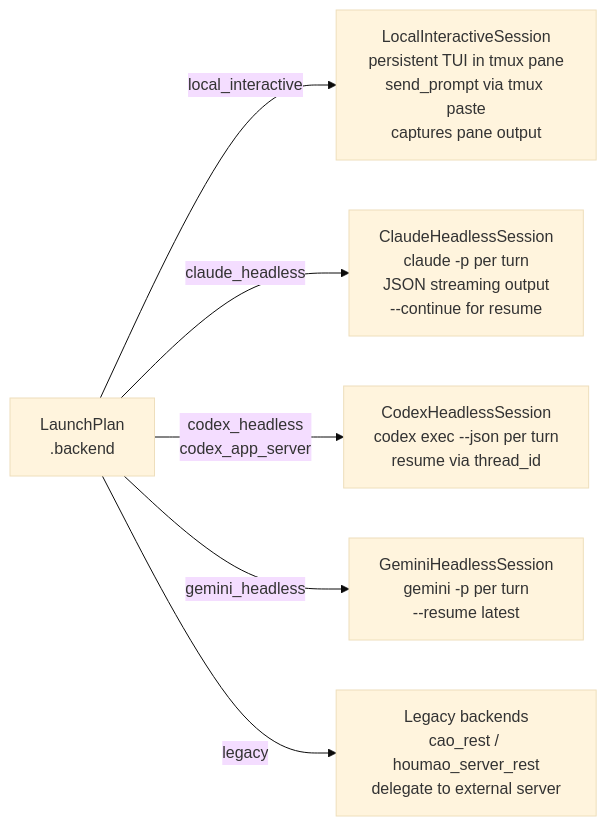
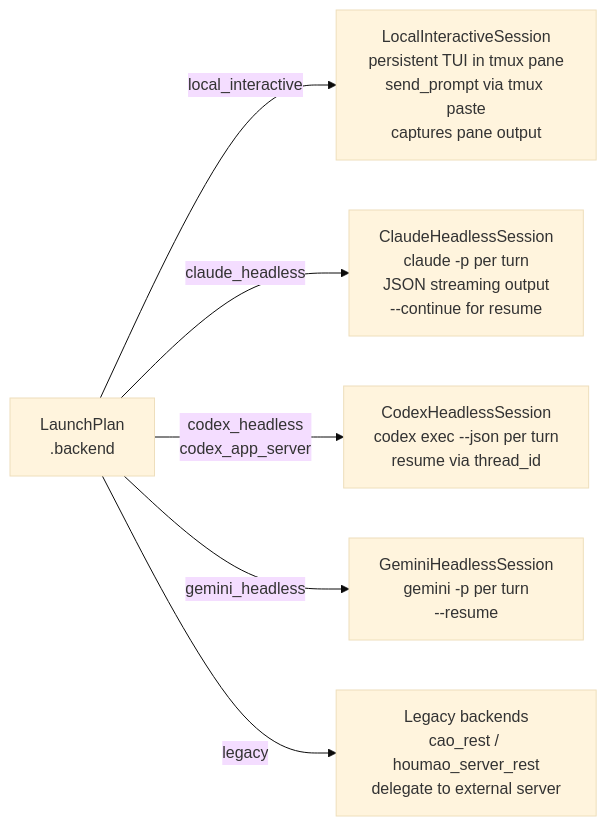
One commit to igamenovoer/houmao changed the diagram in docs/reference/run-phase/backends.md. Above: the diagram before and after it, drawn with Mermaid (base theme). The commit also changed other lines of this file and 40 other files, not shown here.

````diff
--- a/docs/reference/run-phase/backends.md
+++ b/docs/reference/run-phase/backends.md
@@ -23,16 +23,16 @@
 ```mermaid
 flowchart LR
     LP["LaunchPlan<br/>.backend"]
 
     LI["LocalInteractiveSession<br/>persistent TUI in tmux pane<br/>send_prompt via tmux paste<br/>captures pane output"]
     CH["ClaudeHeadlessSession<br/>claude -p per turn<br/>JSON streaming output<br/>--continue for resume"]
     CX["CodexHeadlessSession<br/>codex exec --json per turn<br/>resume via thread_id"]
-    GH["GeminiHeadlessSession<br/>gemini -p per turn<br/>--resume latest"]
+    GH["GeminiHeadlessSession<br/>gemini -p per turn<br/>--resume <session_id>"]
     LEG["Legacy backends<br/>cao_rest / houmao_server_rest<br/>delegate to external server"]
 
     LP -->|local_interactive| LI
     LP -->|claude_headless| CH
     LP -->|codex_headless<br/>codex_app_server| CX
     LP -->|gemini_headless| GH
     LP -->|legacy| LEG
 ```
````
